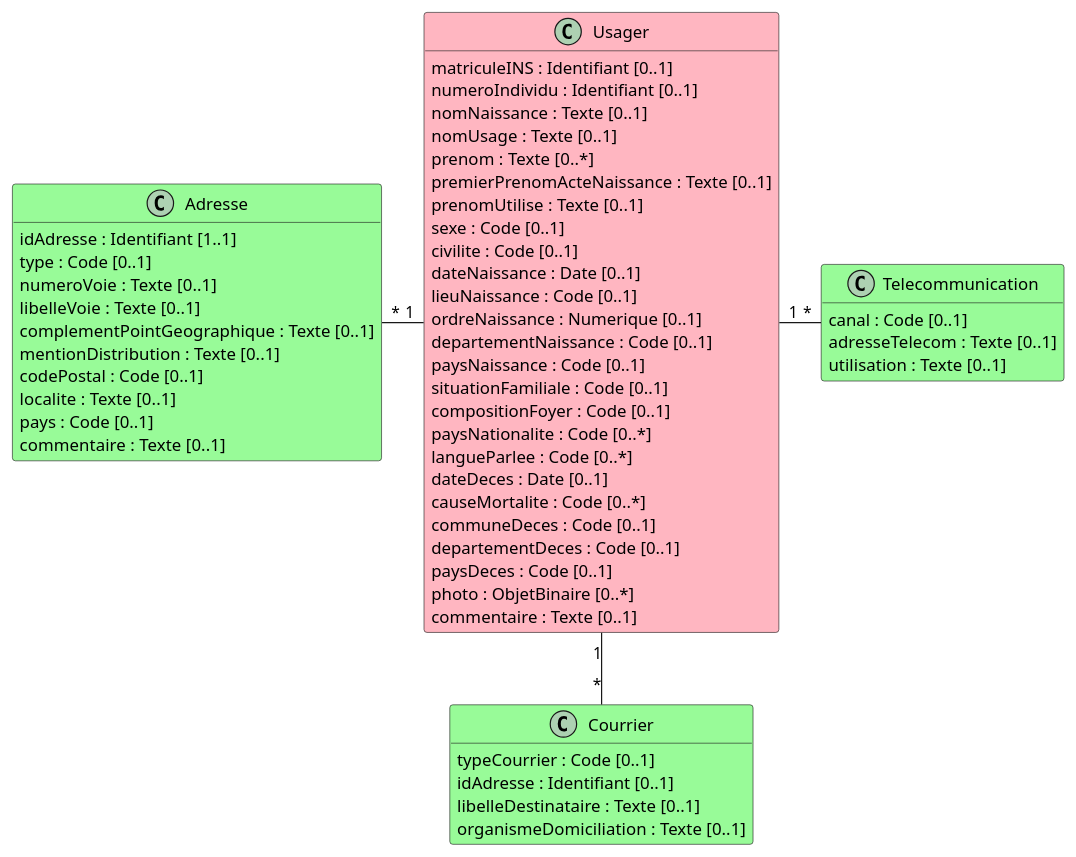
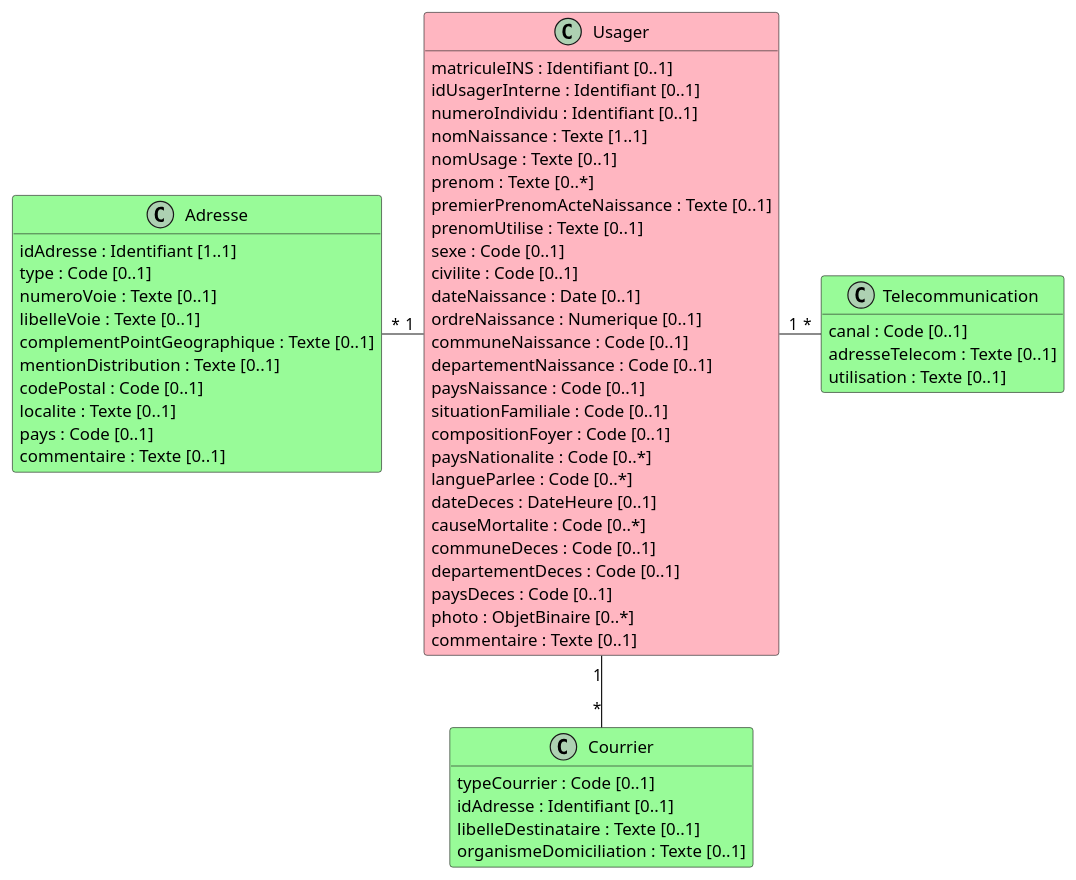
One commit to ansforge/IG-fhir-transfert-donnees-dui-esms changed the diagram in input/images-source/bloc_identification_coordonnees.plantuml. Above: the diagram before and after it, drawn with PlantUML. The commit also changed 4 other files, not shown here.

```diff
--- a/input/images-source/bloc_identification_coordonnees.plantuml
+++ b/input/images-source/bloc_identification_coordonnees.plantuml
@@ -1,63 +1,64 @@
 @startuml
 
 hide empty methods
 
 class Usager #LightPink {
     matriculeINS : Identifiant [0..1]
+    idUsagerInterne : Identifiant [0..1]
     numeroIndividu : Identifiant [0..1]
-    nomNaissance : Texte [0..1]
+    nomNaissance : Texte [1..1]
     nomUsage : Texte [0..1]
     prenom : Texte [0..*]
     premierPrenomActeNaissance : Texte [0..1]
     prenomUtilise : Texte [0..1]
     sexe : Code [0..1]
     civilite : Code [0..1]
     dateNaissance : Date [0..1]
-    lieuNaissance : Code [0..1]
     ordreNaissance : Numerique [0..1]
+    communeNaissance : Code [0..1]
     departementNaissance : Code [0..1]
     paysNaissance : Code [0..1]
     situationFamiliale : Code [0..1]
     compositionFoyer : Code [0..1]
     paysNationalite : Code [0..*]
     langueParlee : Code [0..*]
-    dateDeces : Date [0..1]
+    dateDeces : DateHeure [0..1]
     causeMortalite : Code [0..*]
     communeDeces : Code [0..1]
     departementDeces : Code [0..1]
     paysDeces : Code [0..1]
     photo : ObjetBinaire [0..*]
     commentaire : Texte [0..1]
 }
 
 class Adresse #PaleGreen {
     idAdresse : Identifiant [1..1]
     type : Code [0..1]
     numeroVoie : Texte [0..1]
     libelleVoie : Texte [0..1]
     complementPointGeographique : Texte [0..1]
     mentionDistribution : Texte [0..1]
     codePostal : Code [0..1]
     localite : Texte [0..1]
     pays : Code [0..1]
     commentaire : Texte [0..1]
 }
 
 class Telecommunication #PaleGreen {
     canal : Code [0..1]
     adresseTelecom : Texte [0..1]
     utilisation : Texte [0..1]
 }
 
 class Courrier #PaleGreen {
     typeCourrier : Code [0..1]
     idAdresse : Identifiant [0..1]
     libelleDestinataire : Texte [0..1]
     organismeDomiciliation : Texte [0..1]
 }
 
 Adresse "*" - "1" Usager
 Usager "1" - "*" Telecommunication
 Usager "1" -- "*" Courrier
 
 @enduml
```
